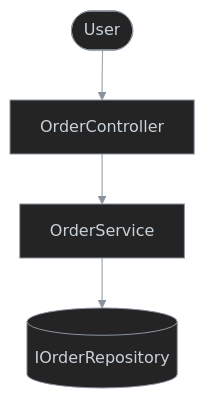
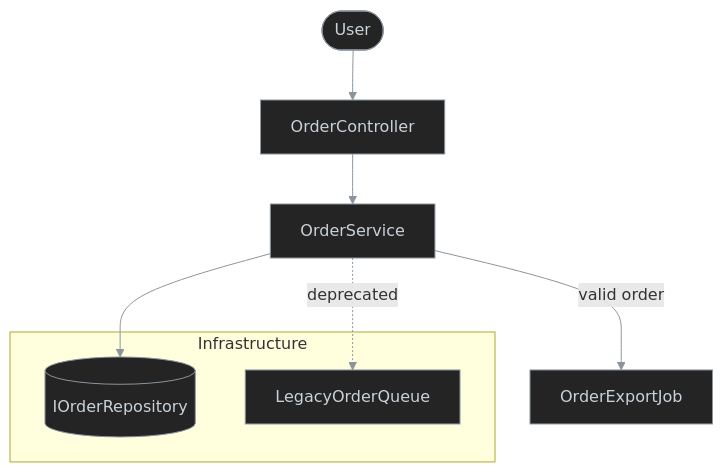
The first of 6 diagrams in plugins/wf/skills/behavior-diagram/README.md (antshc/brain), drawn with Mermaid before and after one commit. The commit also changed other lines of this file, not shown here.

Commit message:
Preserve behavior diagram examples

````diff
--- a/plugins/wf/skills/behavior-diagram/README.md
+++ b/plugins/wf/skills/behavior-diagram/README.md
@@ -7,14 +10,23 @@
 ```mermaid
 %%{init: {'themeVariables': {'lineColor': '#8b949e'}}}%%
 flowchart TD
     User(["User"])
     Api["OrderController"]
     Svc["OrderService"]
     Repo[("IOrderRepository")]
+    Queue["OrderExportJob"]
+    Legacy["LegacyOrderQueue"]
 
     User --> Api
     Api --> Svc
     Svc --> Repo
+    Svc -- valid order --> Queue
+    Svc -. deprecated .-> Legacy
+
+    subgraph Infrastructure
+        Repo
+        Legacy
+    end
 
     classDef default fill:#242424,stroke:#8b949e,color:#c9d1d9,stroke-width:1px
 ```
````
